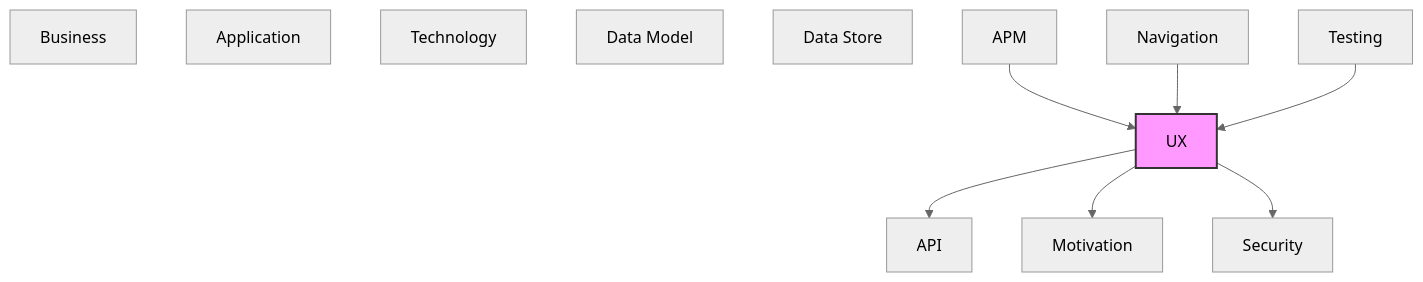
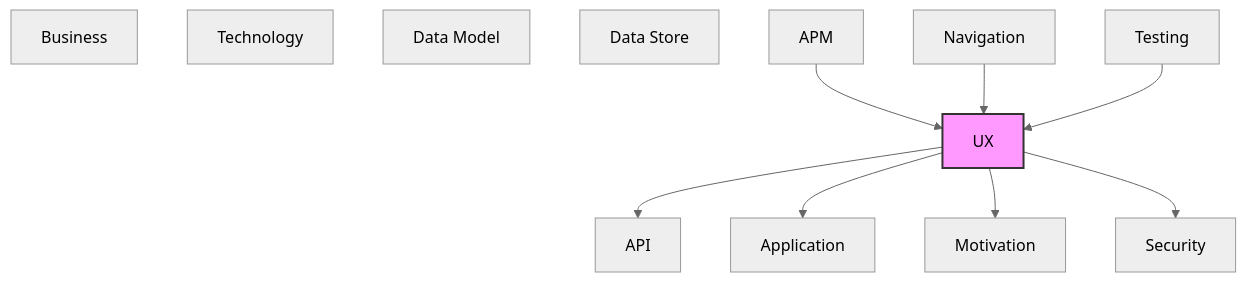
One commit to tinkermonkey/context-studio changed the second of 2 diagrams in documentation-robotics/reports/09-ux-layer-report.md. Above: the diagram before and after it, drawn with Mermaid (neutral theme). The commit also changed other lines of this file and 37 other files, not shown here.

````diff
--- a/documentation-robotics/reports/09-ux-layer-report.md
+++ b/documentation-robotics/reports/09-ux-layer-report.md
@@ -55,23 +58,24 @@
 ```mermaid
 flowchart TB
   classDef current fill:#f9f,stroke:#333,stroke-width:2px
   motivation["Motivation"]
   business["Business"]
   security["Security"]
   application["Application"]
   technology["Technology"]
   api["API"]
   data_model["Data Model"]
   data_store["Data Store"]
   ux["UX"]
   navigation["Navigation"]
   apm["APM"]
   testing["Testing"]
   apm --> ux
   navigation --> ux
   testing --> ux
   ux --> api
+  ux --> application
   ux --> motivation
   ux --> security
   class ux current
 ```
````
